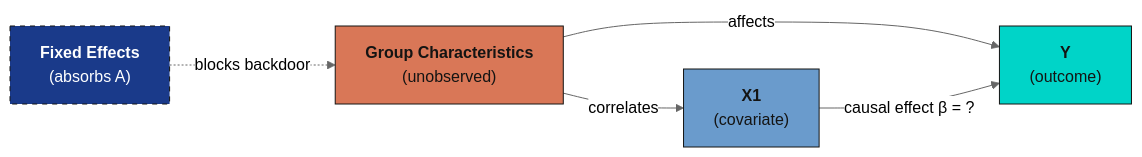
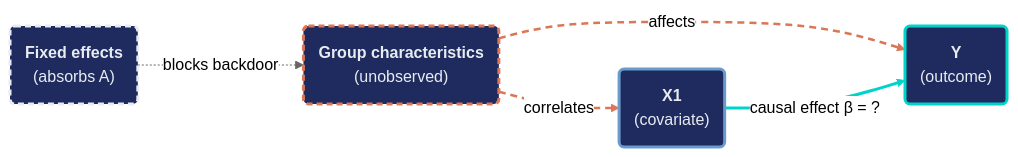
The first of 2 diagrams in content/post/python_pyfixest/index.md (cmg777/starter-academic-v501), drawn with Mermaid (neutral theme) before and after one commit. The commit also changed other lines of this file and 9 other files, not shown here.

First line of the commit message:
content(mermaid): restyle flowcharts in Python posts, batch 2 of 2

````diff
--- a/content/post/python_pyfixest/index.md
+++ b/content/post/python_pyfixest/index.md
@@ -401,11 +401,18 @@
 ```mermaid
 graph LR
-    A["<b>Group Characteristics</b><br/>(unobserved)"] -->|"correlates"| X["<b>X1</b><br/>(covariate)"]
-    A -->|"affects"| Y["<b>Y</b><br/>(outcome)"]
+    A("<b>Group characteristics</b><br/>(unobserved)") -->|"correlates"| X("<b>X1</b><br/>(covariate)")
+    A -->|"affects"| Y("<b>Y</b><br/>(outcome)")
     X -->|"causal effect β = ?"| Y
-    FE["<b>Fixed Effects</b><br/>(absorbs A)"] -.->|"blocks backdoor"| A
-    style A fill:#d97757,stroke:#141413,color:#141413
-    style X fill:#6a9bcc,stroke:#141413,color:#141413
-    style Y fill:#00d4c8,stroke:#141413,color:#141413
-    style FE fill:#1a3a8a,stroke:#141413,color:#fff,stroke-dasharray: 5 5
+    FE("<b>Fixed effects</b><br/>(absorbs A)") -.->|"blocks backdoor"| A
+    classDef orange fill:#1f2b5e,stroke:#d97757,stroke-width:3px,color:#e8ecf2
+    classDef blue fill:#1f2b5e,stroke:#6a9bcc,stroke-width:3px,color:#e8ecf2
+    classDef teal fill:#1f2b5e,stroke:#00d4c8,stroke-width:3px,color:#e8ecf2
+    classDef key_dash fill:#1f2b5e,stroke:#e8ecf2,stroke-width:3px,color:#e8ecf2,stroke-dasharray:6 4
+    classDef orange_dash fill:#1f2b5e,stroke:#d97757,stroke-width:3px,color:#e8ecf2,stroke-dasharray:6 4
+    class A orange_dash
+    class X blue
+    class Y teal
+    class FE key_dash
+    linkStyle 0,1 stroke:#d97757,stroke-width:2.5px,stroke-dasharray:7 5
+    linkStyle 2 stroke:#00d4c8,stroke-width:3px
 ```
````
